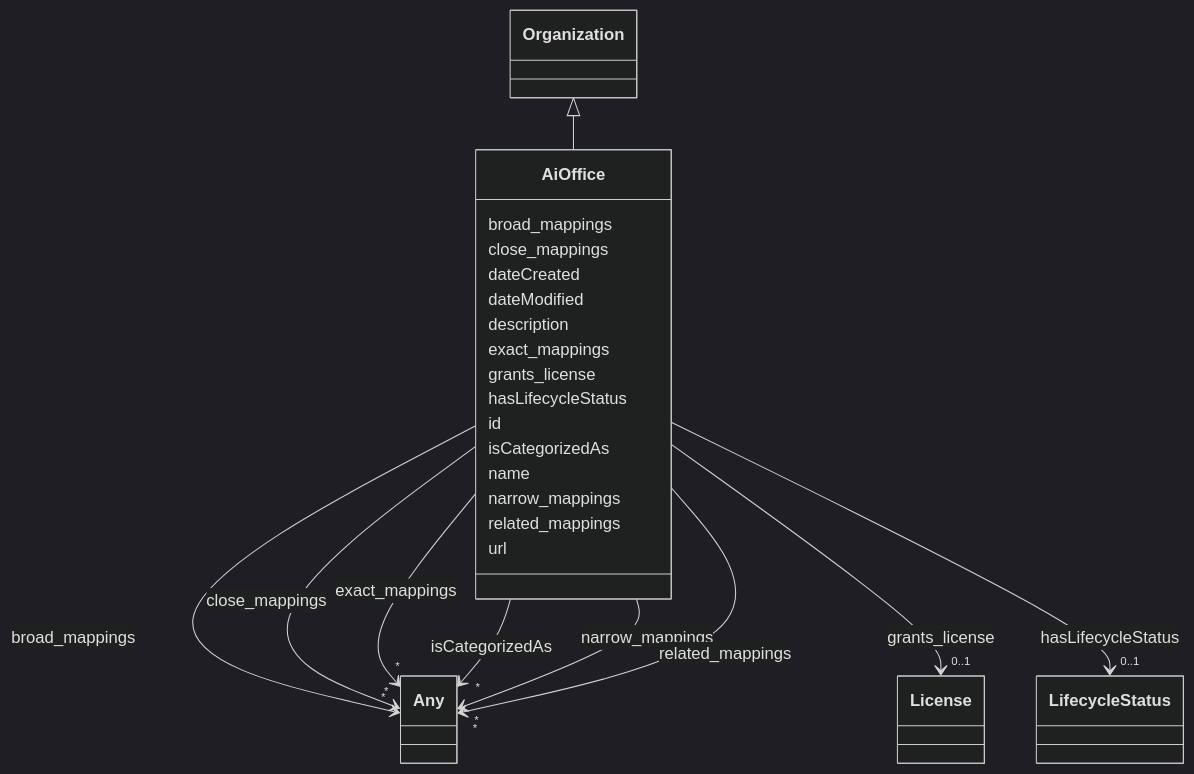
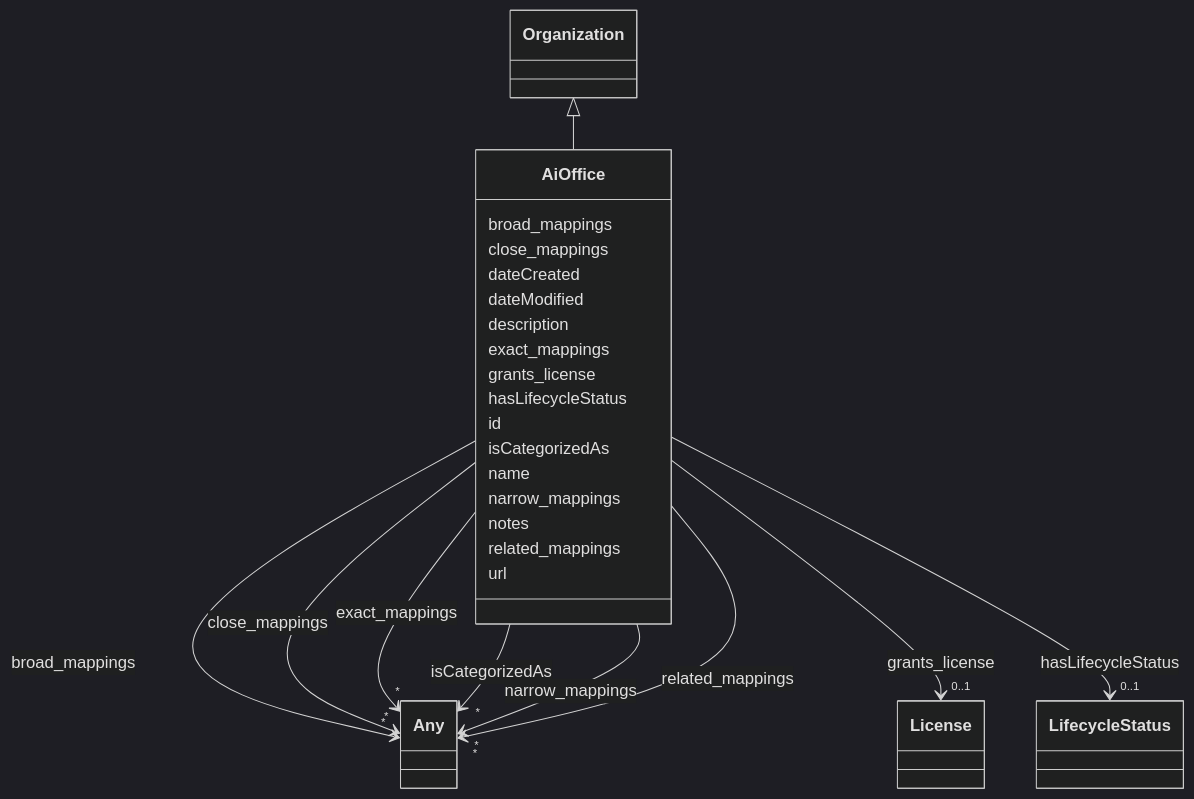
One commit to ingelise/risk-atlas-nexus changed the diagram in docs/ontology/AiOffice.md. Above: the diagram before and after it, drawn with Mermaid (dark theme). The commit also changed other lines of this file and 318 other files, not shown here.

```diff
--- a/docs/ontology/AiOffice.md
+++ b/docs/ontology/AiOffice.md
@@ -105,6 +105,8 @@
 
 
 
+      AiOffice : notes
+
       AiOffice : related_mappings
 
 
```
